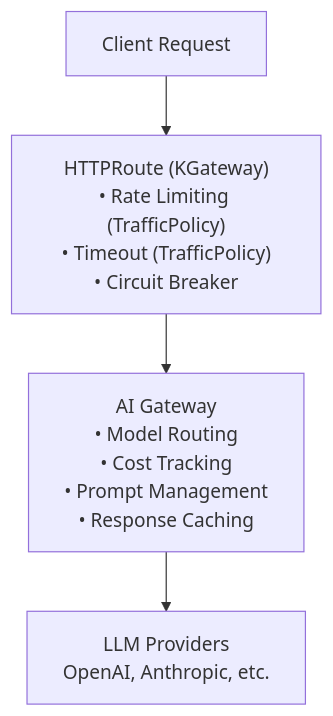
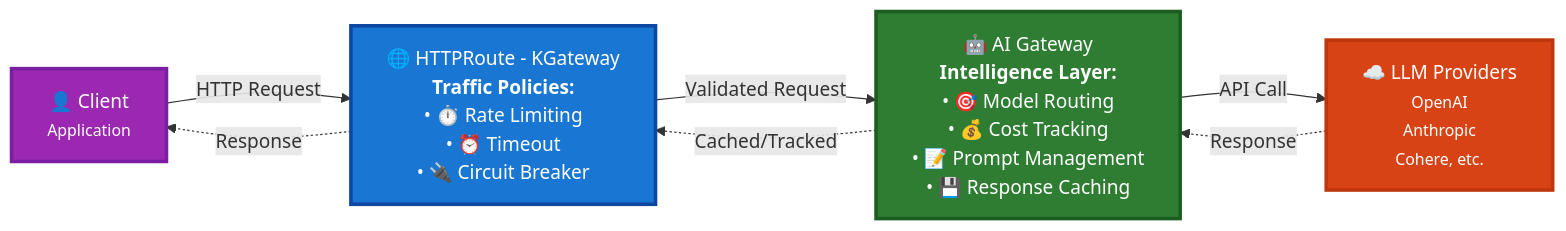
Before and after one commit to isItObservable/servicemeshsecuritybenchmark: diagram 11 of 11 in docs/workshop.md, drawn with Mermaid. The commit also changed other lines of this file and 5 other files, not shown here.

````diff
--- a/docs/workshop.md
+++ b/docs/workshop.md
@@ -1724,6 +1763,22 @@
 ```mermaid
-graph TD
-    A[Client Request] --> B["HTTPRoute (KGateway)<br/>• Rate Limiting (TrafficPolicy)<br/>• Timeout (TrafficPolicy)<br/>• Circuit Breaker"]
-    B --> C["AI Gateway<br/>• Model Routing<br/>• Cost Tracking<br/>• Prompt Management<br/>• Response Caching"]
-    C --> D[LLM Providers<br/>OpenAI, Anthropic, etc.]
+flowchart LR
+    Client["👤 Client<br/><small>Application</small>"]
+    
+    Gateway["🌐 HTTPRoute - KGateway<br/><b>Traffic Policies:</b><br/>• ⏱️ Rate Limiting<br/>• ⏰ Timeout<br/>• 🔌 Circuit Breaker"]
+    
+    AI["🤖 AI Gateway<br/><b>Intelligence Layer:</b><br/>• 🎯 Model Routing<br/>• 💰 Cost Tracking<br/>• 📝 Prompt Management<br/>• 💾 Response Caching"]
+    
+    LLM["☁️ LLM Providers<br/><small>OpenAI<br/>Anthropic<br/>Cohere, etc.</small>"]
+    
+    Client -->|HTTP Request| Gateway
+    Gateway -->|Validated Request| AI
+    AI -->|API Call| LLM
+    LLM -.->|Response| AI
+    AI -.->|Cached/Tracked| Gateway
+    Gateway -.->|Response| Client
+    
+    style Client fill:#9c27b0,stroke:#7b1fa2,stroke-width:3px,color:#fff
+    style Gateway fill:#1976d2,stroke:#0d47a1,stroke-width:3px,color:#fff
+    style AI fill:#2e7d32,stroke:#1b5e20,stroke-width:3px,color:#fff
+    style LLM fill:#d84315,stroke:#bf360c,stroke-width:3px,color:#fff
 ```
````
